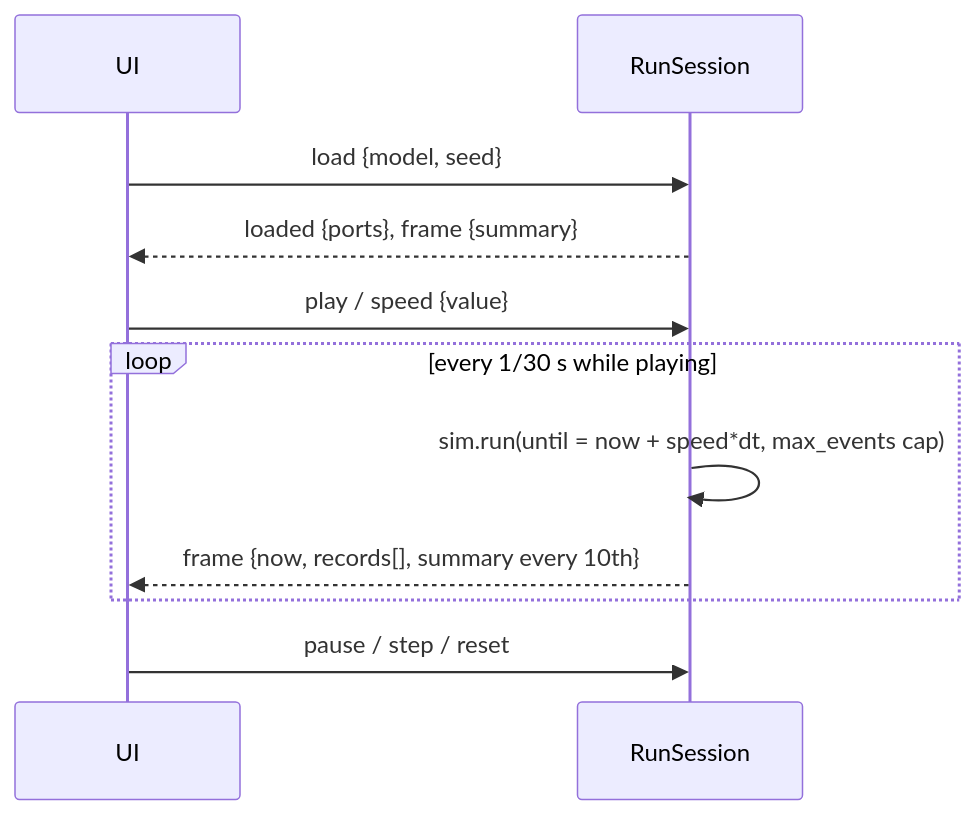
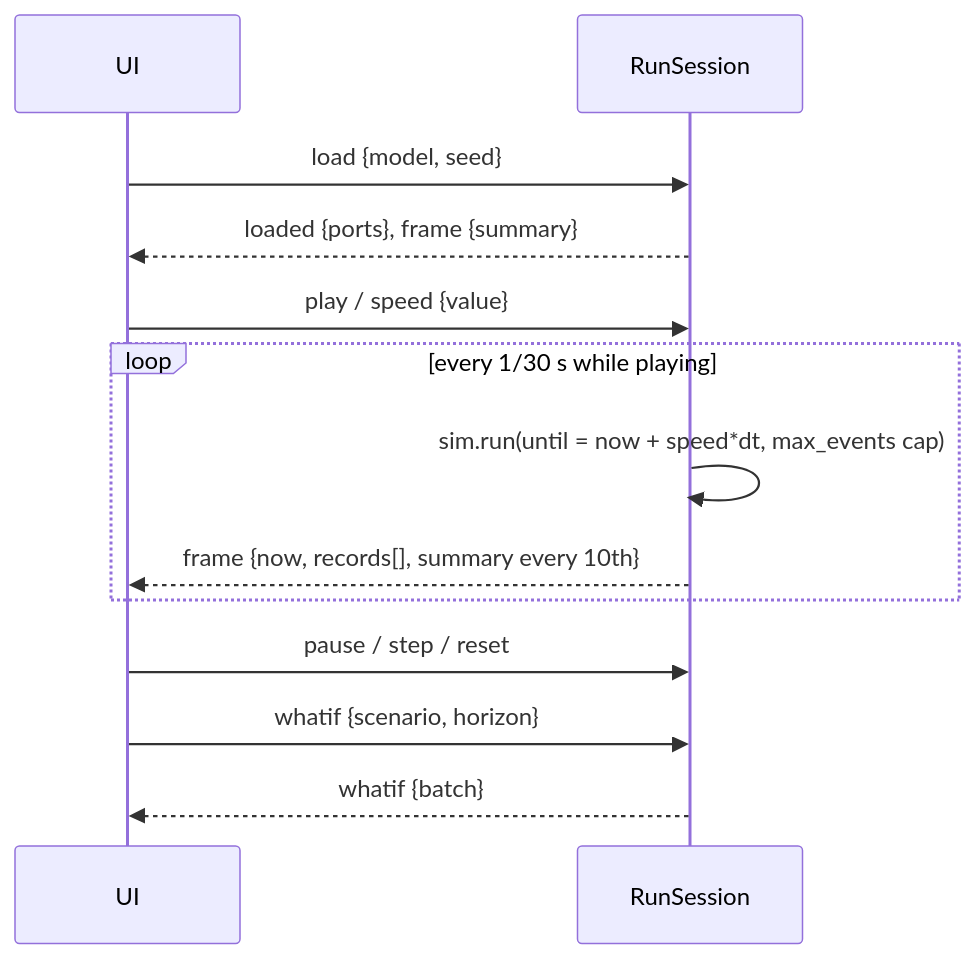
One commit to epatel/sim-bench changed the diagram in cards/server-and-canvas.md. Above: the diagram before and after it, drawn with Mermaid. The commit also changed other lines of this file and 17 other files, not shown here.

````diff
--- a/cards/server-and-canvas.md
+++ b/cards/server-and-canvas.md
@@ -22,13 +23,15 @@
 ```mermaid
 sequenceDiagram
   participant UI
   participant S as RunSession
   UI->>S: load {model, seed}
   S-->>UI: loaded {ports}, frame {summary}
   UI->>S: play / speed {value}
   loop every 1/30 s while playing
     S->>S: sim.run(until = now + speed*dt, max_events cap)
     S-->>UI: frame {now, records[], summary every 10th}
   end
   UI->>S: pause / step / reset
+  UI->>S: whatif {scenario, horizon}
+  S-->>UI: whatif {batch}
 ```
````
